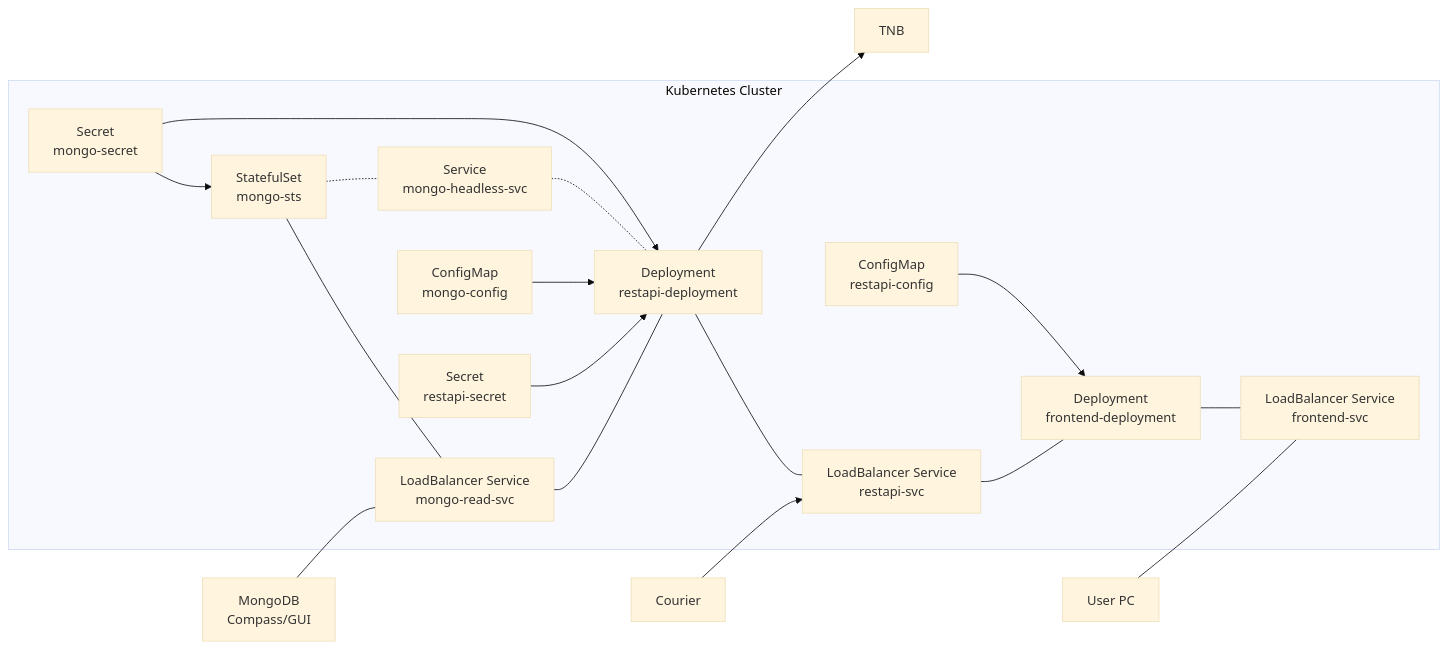
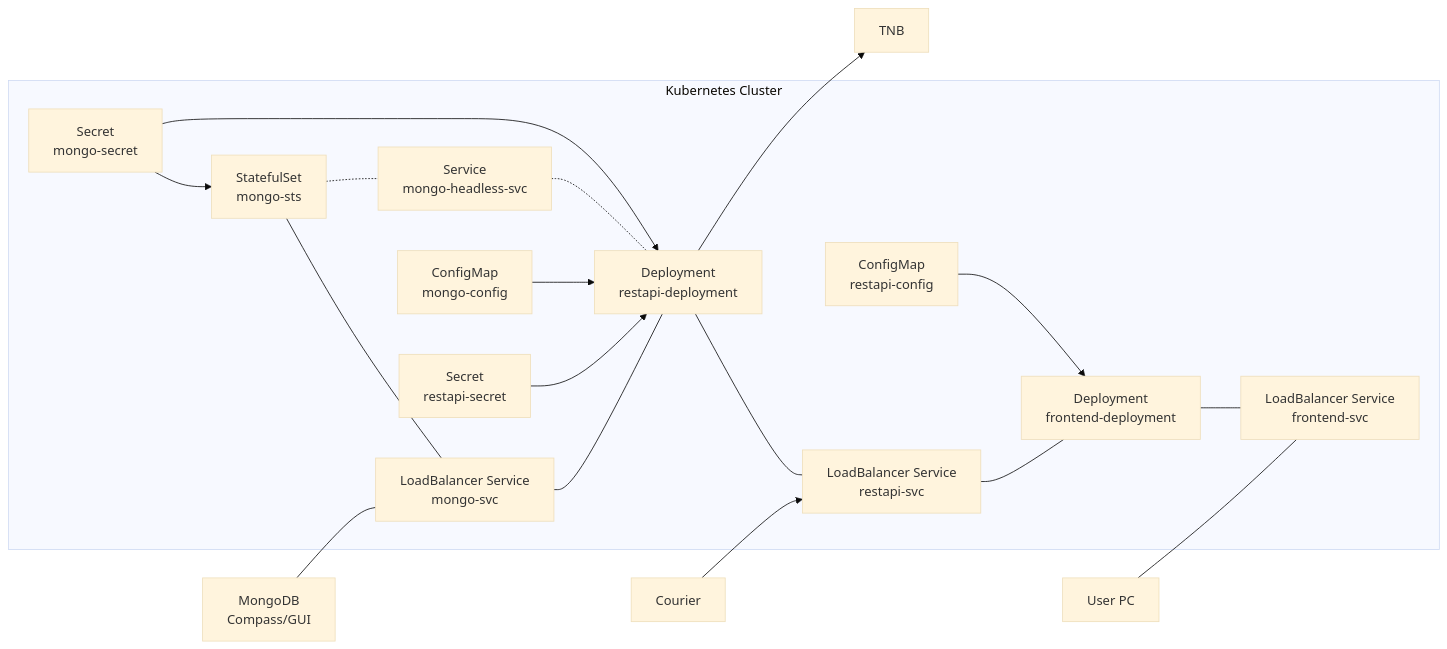
One commit to ccfrauasgr2/pet-detection changed the third of 4 diagrams in docs/Group_2_SS23_ProjectReport.md. Above: the diagram before and after it, drawn with Mermaid (base theme). The commit also changed other lines of this file and 3 other files, not shown here.

````diff
--- a/docs/Group_2_SS23_ProjectReport.md
+++ b/docs/Group_2_SS23_ProjectReport.md
@@ -207,38 +207,38 @@
 ```mermaid
 flowchart LR
     subgraph Kubernetes Cluster
   
     mongo-sts[StatefulSet\nmongo-sts]
-    mongo-read-svc[LoadBalancer Service\nmongo-read-svc]
+    mongo-svc[LoadBalancer Service\nmongo-svc]
     mongo-headless-svc[Service\nmongo-headless-svc]
     mongo-secret[Secret\nmongo-secret]
     mongo-config[ConfigMap\nmongo-config]
     frontend-svc[LoadBalancer Service\nfrontend-svc]
     frontend-deployment[Deployment\nfrontend-deployment]
     restapi-config[ConfigMap\nrestapi-config]
     restapi-svc[LoadBalancer Service\nrestapi-svc]
     restapi-deployment[Deployment\nrestapi-deployment]
     restapi-secret[Secret\nrestapi-secret]
     
 
-    mongo-sts --- mongo-read-svc --- restapi-deployment --- restapi-svc   --- frontend-deployment --- frontend-svc
+    mongo-sts --- mongo-svc --- restapi-deployment --- restapi-svc   --- frontend-deployment --- frontend-svc
     mongo-sts -.- mongo-headless-svc -.- restapi-deployment
     mongo-secret --> mongo-sts & restapi-deployment
     mongo-config --> restapi-deployment 
     restapi-config --> frontend-deployment
     restapi-secret --> restapi-deployment
 
     end
 
     compass[MongoDB\nCompass/GUI]
     user[User PC]
     courier[Courier]
     tnb[TNB]
 
     restapi-deployment --> tnb
-    compass --- mongo-read-svc
+    compass --- mongo-svc
     courier --> restapi-svc
     user --- frontend-svc
     
 
 ```
````
